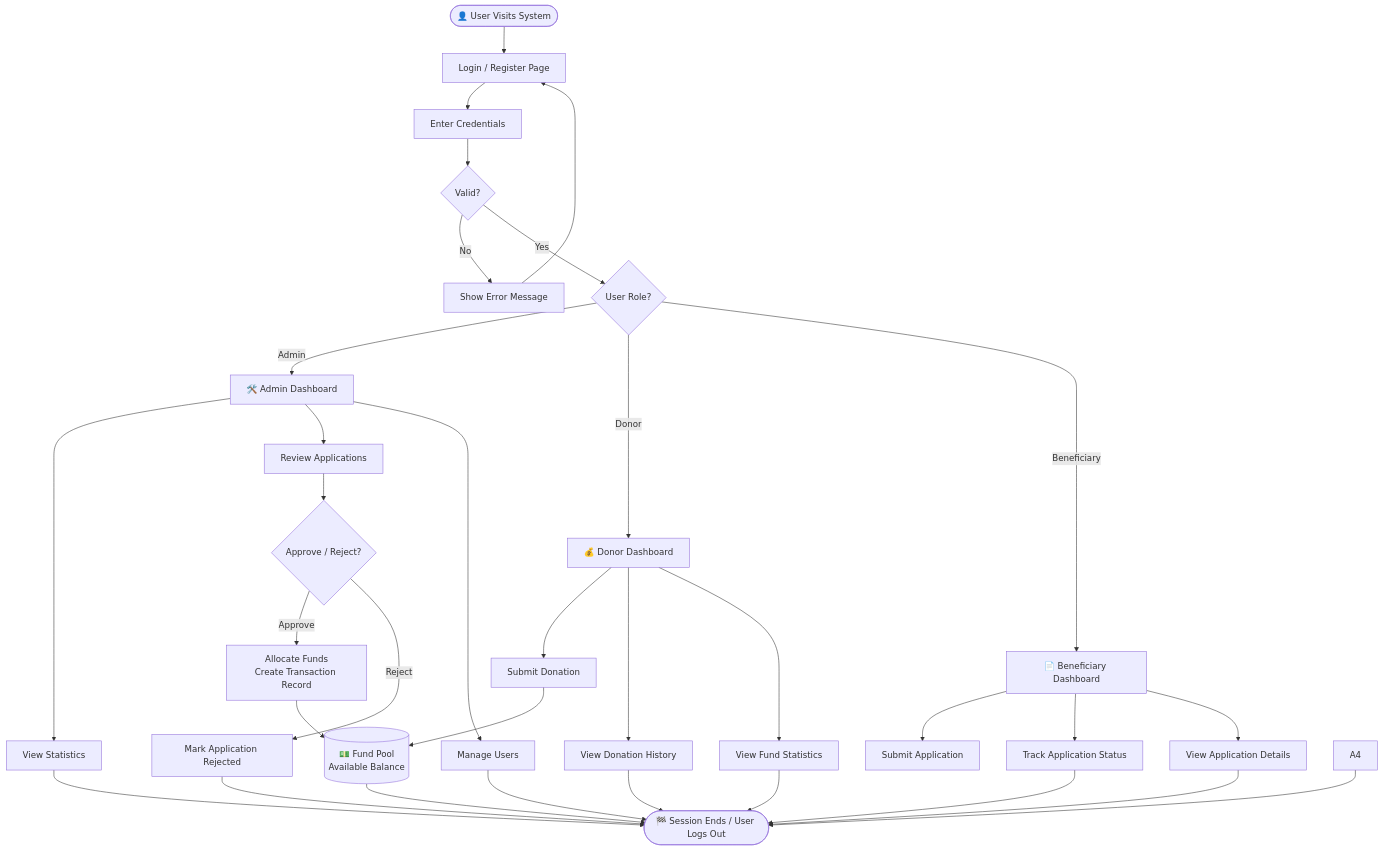
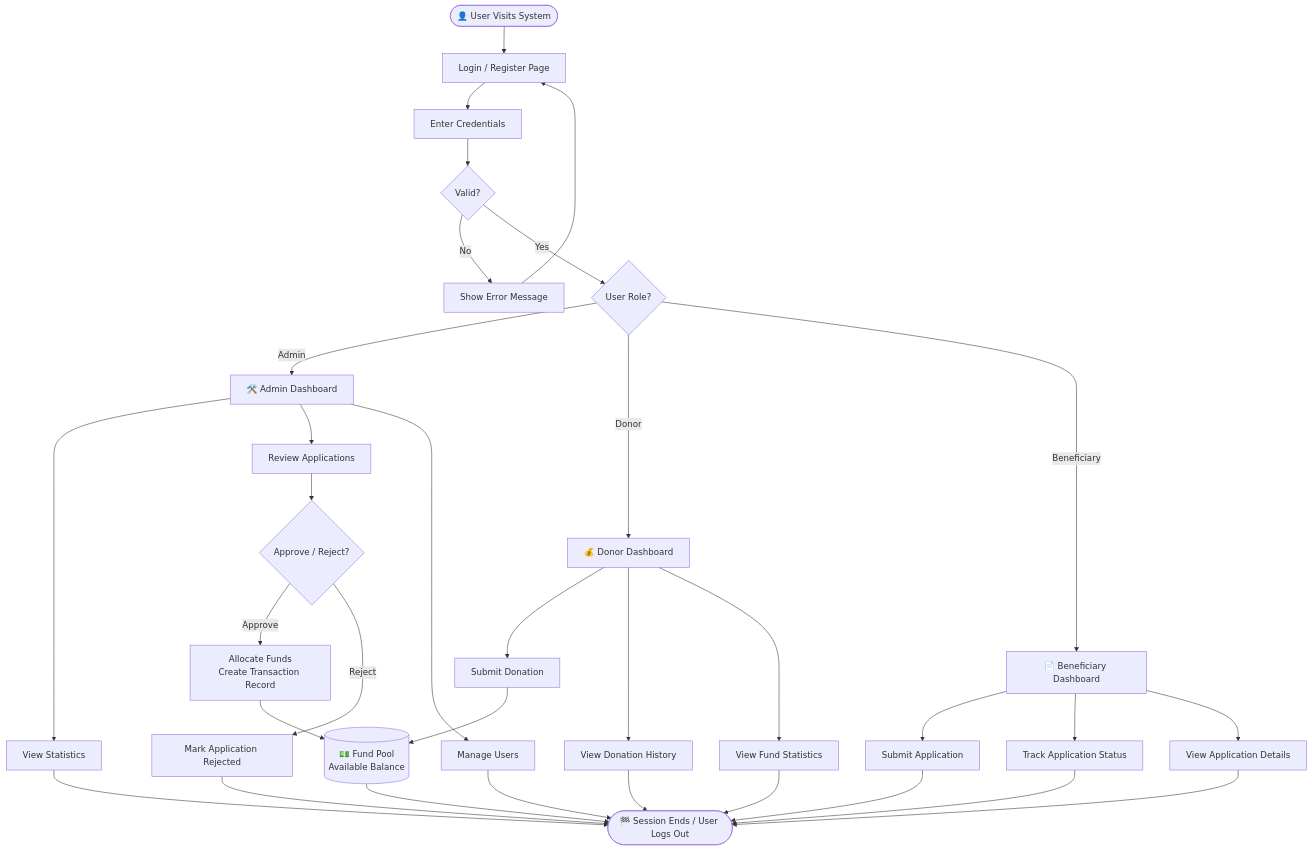
Before and after one commit to erabdurrahman/financial_resourse_managment_for_social-_wlefare: the first of 8 diagrams in docs/flow-diagram.md, drawn with Mermaid.

Commit message:
Fix Overall System Flow diagram: remove invalid A4 node, add missing B1 to End
Agent-Logs-Url: https://github.com/erabdurrahman/financial_resourse_managment_for_social-_wlefare/sessions/976eaf0b-dc37-490a-a3a0-4a4a044f9cb9

````diff
--- a/docs/flow-diagram.md
+++ b/docs/flow-diagram.md
@@ -11,42 +11,42 @@
 ```mermaid
 flowchart TD
     User([👤 User Visits System]) --> Login[Login / Register Page]
     Login --> Creds[Enter Credentials]
     Creds --> Verify{Valid?}
     Verify -- No --> ErrMsg[Show Error Message]
     ErrMsg --> Login
     Verify -- Yes --> Role{User Role?}
 
     Role -- Admin --> AdminDash[🛠️ Admin Dashboard]
     Role -- Donor --> DonorDash[💰 Donor Dashboard]
     Role -- Beneficiary --> BenefDash[📄 Beneficiary Dashboard]
 
     AdminDash --> A1[View Statistics]
     AdminDash --> A2[Review Applications]
     AdminDash --> A3[Manage Users]
 
     DonorDash --> D1[Submit Donation]
     DonorDash --> D2[View Donation History]
     DonorDash --> D3[View Fund Statistics]
 
     BenefDash --> B1[Submit Application]
     BenefDash --> B2[Track Application Status]
     BenefDash --> B3[View Application Details]
 
     A2 --> Approve{Approve / Reject?}
     Approve -- Approve --> AllocFunds[Allocate Funds\nCreate Transaction Record]
     Approve -- Reject --> RejectApp[Mark Application Rejected]
 
     D1 --> FundPool[(💵 Fund Pool\nAvailable Balance)]
     AllocFunds --> FundPool
 
     A1 --> End([🏁 Session Ends / User Logs Out])
     A3 --> End
-    A4 --> End
     D2 --> End
     D3 --> End
+    B1 --> End
     B2 --> End
     B3 --> End
     FundPool --> End
     RejectApp --> End
 ```
````
